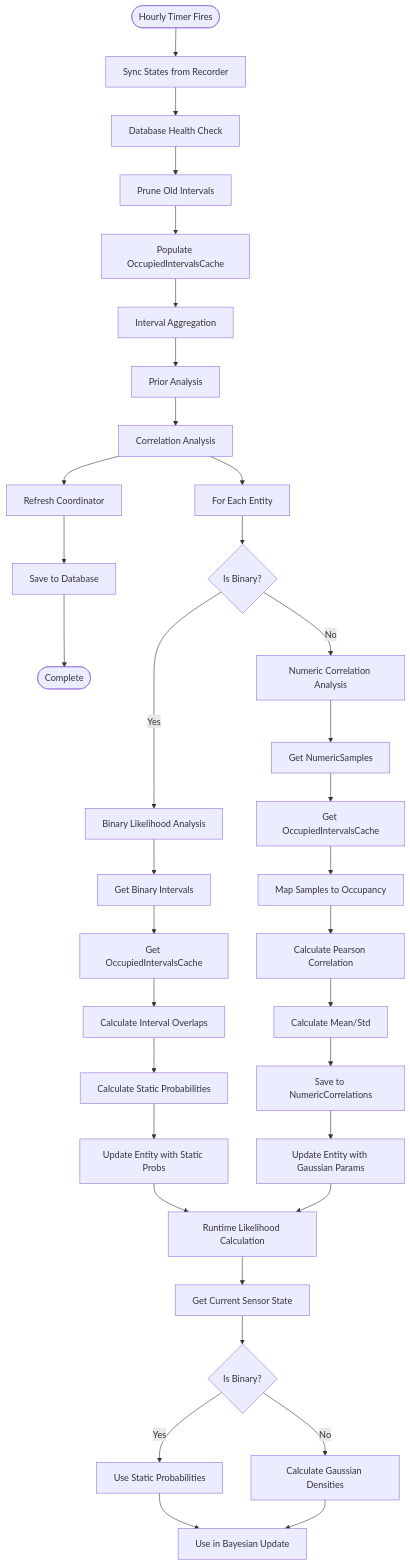
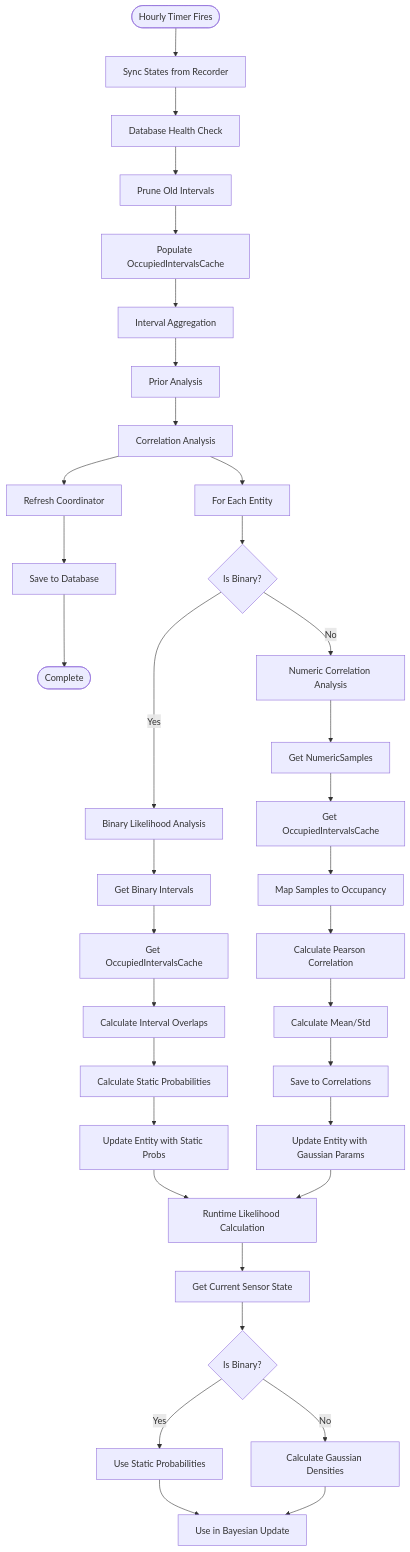
The diagram in docs/docs/technical/analysis-chain.md (Hankanman/Area-Occupancy-Detection), drawn with Mermaid before and after one commit. The commit also changed other lines of this file and 17 other files, not shown here.

First line of the commit message:
Update logging configuration and database schema for area occupancy integration

````diff
--- a/docs/docs/technical/analysis-chain.md
+++ b/docs/docs/technical/analysis-chain.md
@@ -23,42 +23,42 @@
 ```mermaid
 flowchart TD
     Start([Hourly Timer Fires]) --> Sync[Sync States from Recorder]
     Sync --> HealthCheck[Database Health Check]
     HealthCheck --> Prune[Prune Old Intervals]
     Prune --> Cache[Populate OccupiedIntervalsCache]
     Cache --> Aggregate[Interval Aggregation]
     Aggregate --> Prior[Prior Analysis]
     Prior --> CorrAnalysis[Correlation Analysis]
     CorrAnalysis --> Refresh[Refresh Coordinator]
     Refresh --> Save[Save to Database]
     Save --> End([Complete])
 
     CorrAnalysis --> SensorDetail[For Each Entity]
     SensorDetail --> CheckType{Is Binary?}
 
     CheckType -- Yes --> BinaryAnalysis[Binary Likelihood Analysis]
     CheckType -- No --> NumericAnalysis[Numeric Correlation Analysis]
 
     BinaryAnalysis --> GetBinaryIntervals[Get Binary Intervals]
     GetBinaryIntervals --> GetOccIntervals[Get OccupiedIntervalsCache]
     GetOccIntervals --> CalcOverlap[Calculate Interval Overlaps]
     CalcOverlap --> CalcProbs[Calculate Static Probabilities]
     CalcProbs --> UpdateBinary[Update Entity with Static Probs]
 
     NumericAnalysis --> GetSamples[Get NumericSamples]
     GetSamples --> GetOccIntervals2[Get OccupiedIntervalsCache]
     GetOccIntervals2 --> MapOccupancy[Map Samples to Occupancy]
     MapOccupancy --> CalcCorr[Calculate Pearson Correlation]
     CalcCorr --> CalcStats[Calculate Mean/Std]
-    CalcStats --> SaveCorr[Save to NumericCorrelations]
+    CalcStats --> SaveCorr[Save to Correlations]
     SaveCorr --> UpdateNumeric[Update Entity with Gaussian Params]
 
     UpdateBinary --> Runtime[Runtime Likelihood Calculation]
     UpdateNumeric --> Runtime
     Runtime --> GetState[Get Current Sensor State]
     GetState --> CheckType2{Is Binary?}
     CheckType2 -- Yes --> UseStatic[Use Static Probabilities]
     CheckType2 -- No --> CalcGaussian[Calculate Gaussian Densities]
     UseStatic --> Bayesian[Use in Bayesian Update]
     CalcGaussian --> Bayesian
 ```
````
